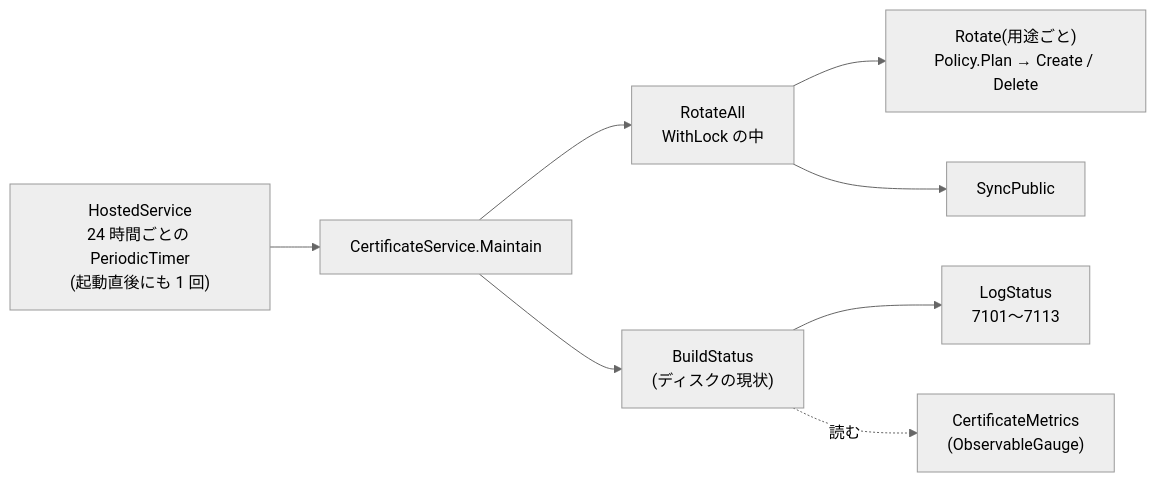
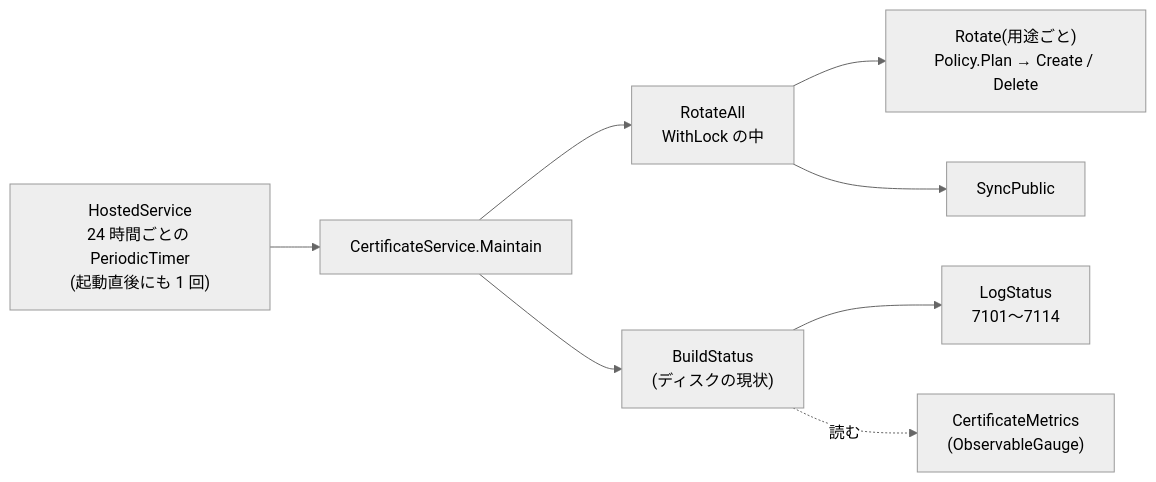
Before and after one commit to daidoji-traincrew-office/Tatehama_shukkindai: the second of 2 diagrams in Docs/certificate-rotation.md, drawn with Mermaid (neutral theme). The commit also changed other lines of this file and 5 other files, not shown here.

````diff
--- a/Docs/certificate-rotation.md
+++ b/Docs/certificate-rotation.md
@@ -374,10 +384,10 @@
 ```mermaid
 flowchart LR
     T["HostedService<br/>24 時間ごとの PeriodicTimer<br/>(起動直後にも 1 回)"] --> M[CertificateService.Maintain]
     M --> RA["RotateAll<br/>WithLock の中"]
     RA --> RO["Rotate(用途ごと)<br/>Policy.Plan → Create / Delete"]
     RA --> SP[SyncPublic]
     M --> BS["BuildStatus<br/>(ディスクの現状)"]
-    BS --> LS["LogStatus<br/>7101〜7113"]
+    BS --> LS["LogStatus<br/>7101〜7114"]
     BS -.読む.-> ME["CertificateMetrics<br/>(ObservableGauge)"]
 ```
````
